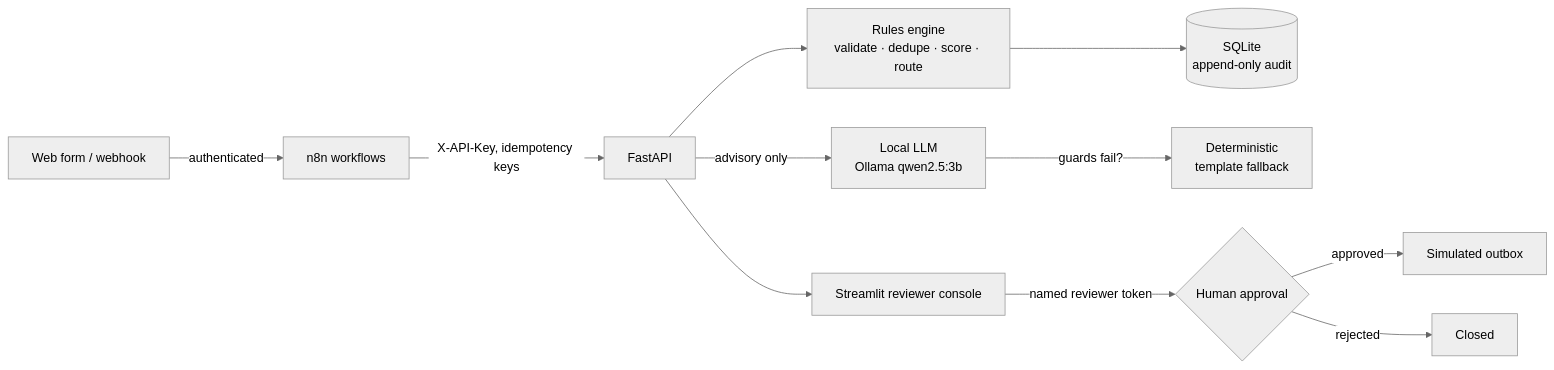
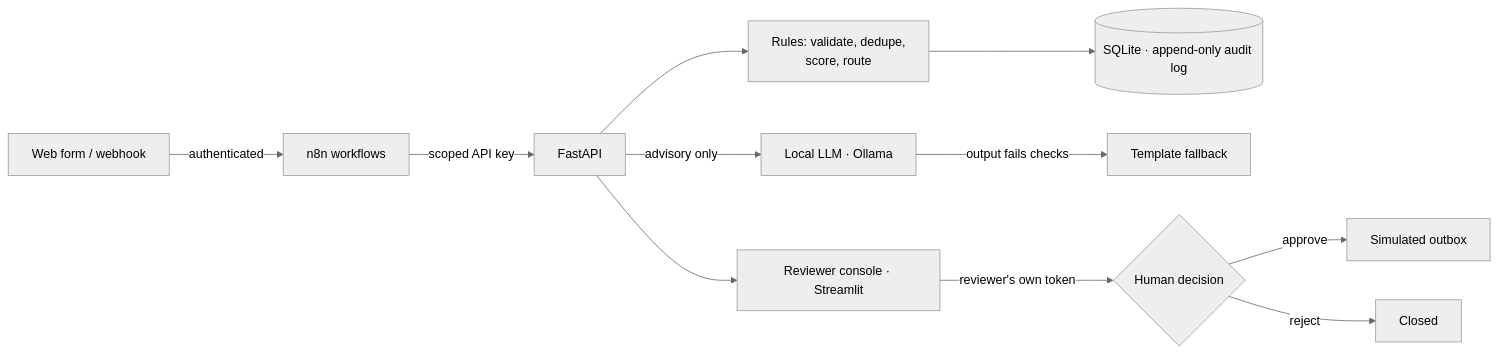
The diagram in README.md (hamazmubashar/flowpilot-ai), drawn with Mermaid (neutral theme) before and after one commit. The commit also changed other lines of this file, not shown here.

````diff
--- a/README.md
+++ b/README.md
@@ -38,13 +40,13 @@
 ```mermaid
 flowchart LR
     F[Web form / webhook] -->|authenticated| N[n8n workflows]
-    N -->|X-API-Key, idempotency keys| API[FastAPI]
-    API --> R[Rules engine<br/>validate · dedupe · score · route]
-    R --> DB[(SQLite<br/>append-only audit)]
-    API -->|advisory only| L[Local LLM<br/>Ollama qwen2.5:3b]
-    L -->|guards fail?| FB[Deterministic<br/>template fallback]
-    API --> C[Streamlit reviewer console]
-    C -->|named reviewer token| AP{Human approval}
-    AP -->|approved| O[Simulated outbox]
-    AP -->|rejected| X[Closed]
+    N -->|scoped API key| API[FastAPI]
+    API --> R[Rules: validate, dedupe,<br/>score, route]
+    R --> DB[(SQLite · append-only audit log)]
+    API -->|advisory only| L[Local LLM · Ollama]
+    L -->|output fails checks| FB[Template fallback]
+    API --> C[Reviewer console · Streamlit]
+    C -->|reviewer's own token| AP{Human decision}
+    AP -->|approve| O[Simulated outbox]
+    AP -->|reject| X[Closed]
 ```
````
